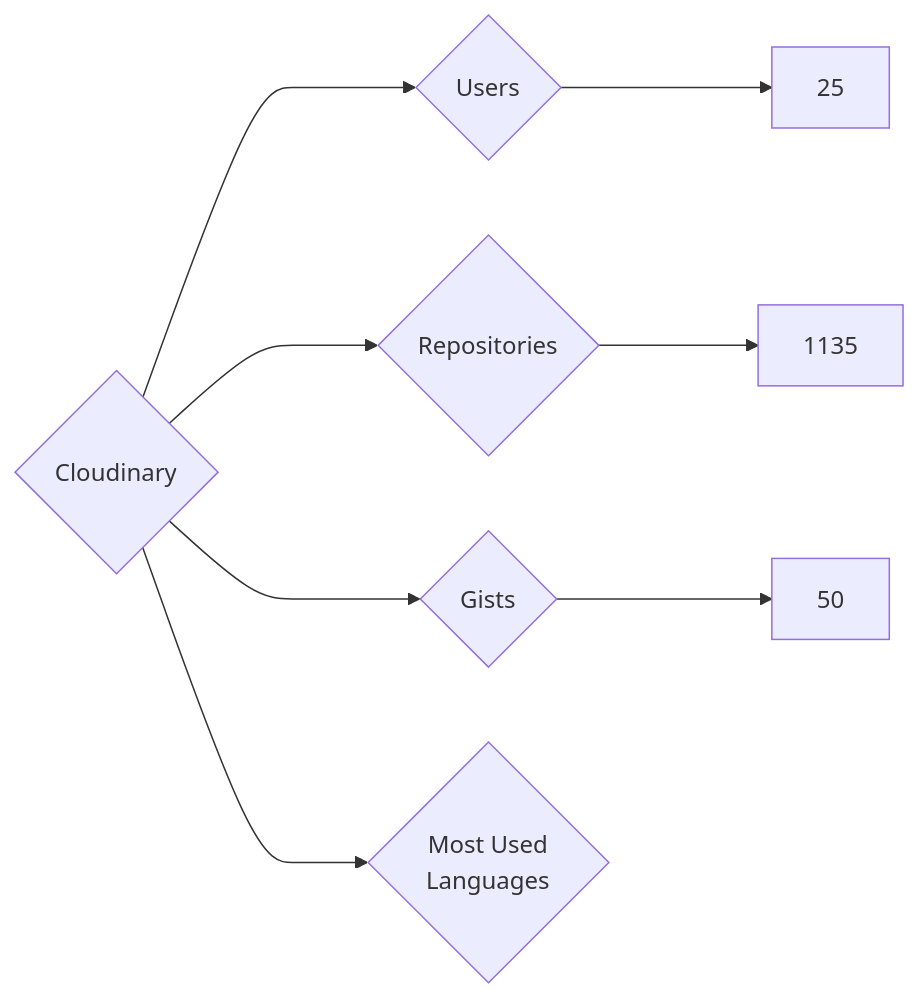
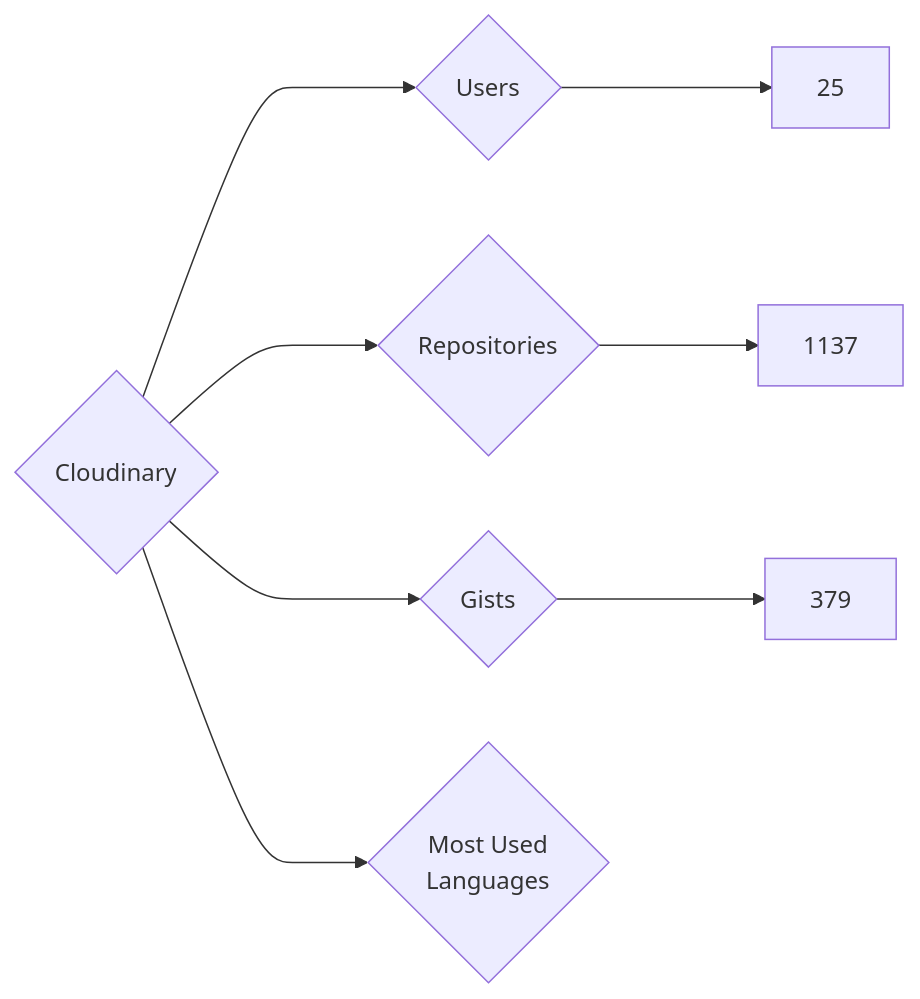
Before and after one commit to nenadzaric/insiders: the diagram in targets/Cloudinary/README.md, drawn with Mermaid. The commit also changed 1342 other files, not shown here.

````diff
--- a/targets/Cloudinary/README.md
+++ b/targets/Cloudinary/README.md
@@ -3,8 +3,8 @@
 ```mermaid
 graph LR
 COMPANY_NAME{Cloudinary}
 COMPANY_NAME ---> U{Users} ---> UN[25]
-COMPANY_NAME ---> R{Repositories} ---> RN[1135]
-COMPANY_NAME ---> G{Gists} ---> GN[50]
+COMPANY_NAME ---> R{Repositories} ---> RN[1137]
+COMPANY_NAME ---> G{Gists} ---> GN[379]
 COMPANY_NAME ---> ML{Most Used<br>Languages}
 ```
````
